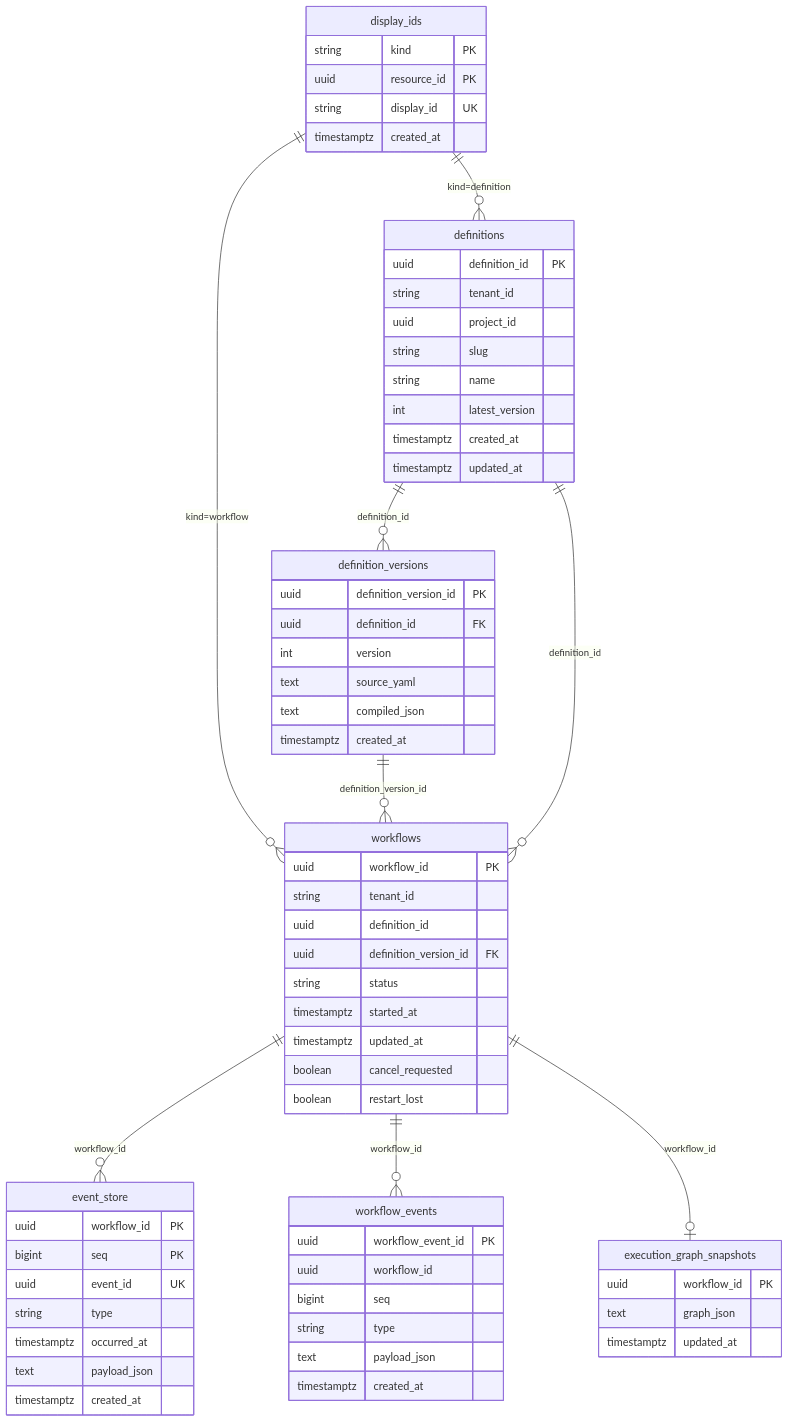
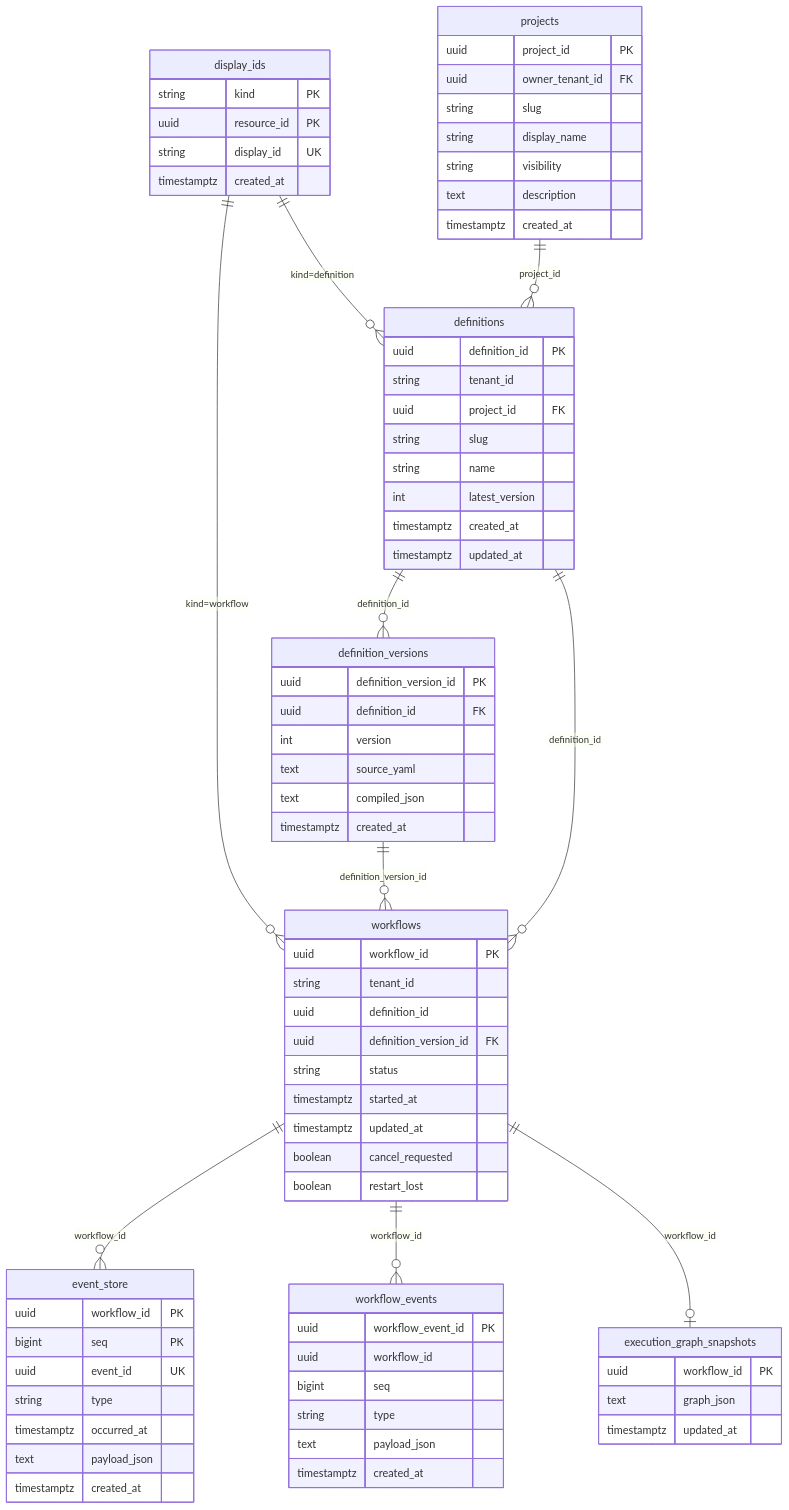
One commit to MichiharuShiba/statevia changed the first of 3 diagrams in docs/statevia-scheme.md. Above: the diagram before and after it, drawn with Mermaid. The commit also changed other lines of this file, not shown here.

Commit message:
スキーマ定義のバージョンを1.3から1.5に更新し、`projects.is_public`を削除。`projects`および`project_accesses`に関する詳細を追加。HTTP契約の参照を明記し、テーブル構成を整理。

```diff
--- a/docs/statevia-scheme.md
+++ b/docs/statevia-scheme.md
@@ -361,6 +409,7 @@
 erDiagram
   display_ids ||--o{ definitions : "kind=definition"
   display_ids ||--o{ workflows : "kind=workflow"
+  projects ||--o{ definitions : "project_id"
   definitions ||--o{ definition_versions : "definition_id"
   definition_versions ||--o{ workflows : "definition_version_id"
   definitions ||--o{ workflows : "definition_id"
@@ -368,10 +417,20 @@
   workflows ||--o{ workflow_events : "workflow_id"
   workflows ||--o| execution_graph_snapshots : "workflow_id"
 
+  projects {
+    uuid project_id PK
+    uuid owner_tenant_id FK
+    string slug
+    string display_name
+    string visibility
+    text description
+    timestamptz created_at
+  }
+
   definitions {
     uuid definition_id PK
     string tenant_id
-    uuid project_id
+    uuid project_id FK
     string slug
     string name
     int latest_version
```
